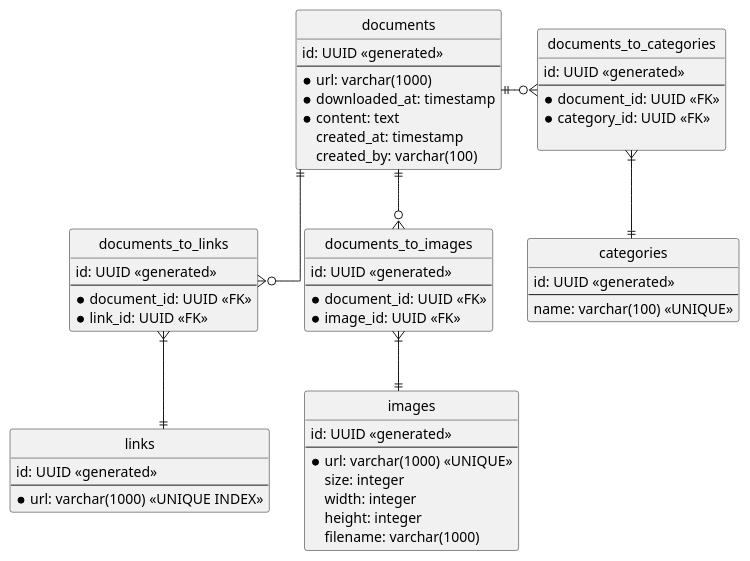
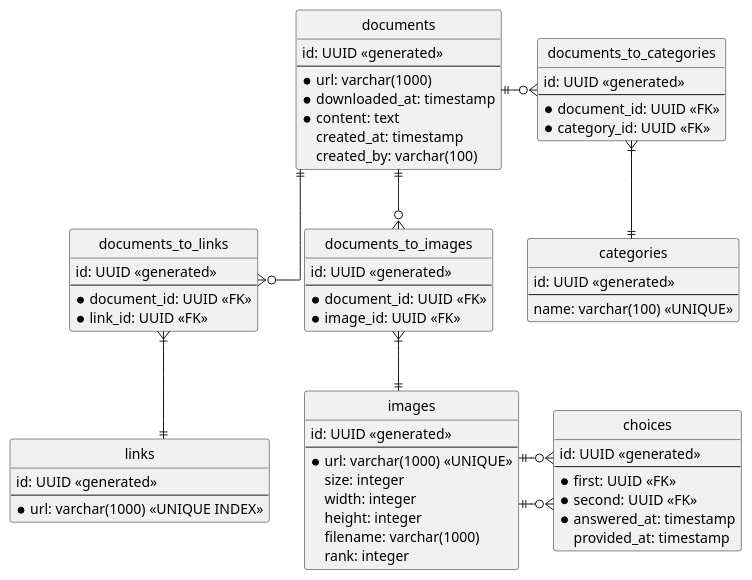
One commit to jdufner/WebScraper changed the diagram in WebScraper Data Model.puml. Above: the diagram before and after it, drawn with PlantUML. The commit also changed 2 other files, not shown here.

```diff
--- a/WebScraper Data Model.puml
+++ b/WebScraper Data Model.puml
@@ -1,67 +1,78 @@
 @startuml
 
 hide circle
 skinparam linetype ortho
 
 entity documents {
     id: UUID <<generated>>
     --
     * url: varchar(1000)
     * downloaded_at: timestamp
     * content: text
     created_at: timestamp
     created_by: varchar(100)
 }
 
 entity links {
     id: UUID <<generated>>
     --
     * url: varchar(1000) <<UNIQUE INDEX>>
 }
 
 entity documents_to_links {
     id: UUID <<generated>>
     --
     * document_id: UUID <<FK>>
     * link_id: UUID <<FK>>
 }
 
 entity images {
     id: UUID <<generated>>
     --
     * url: varchar(1000) <<UNIQUE>>
     size: integer
     width: integer
     height: integer
     filename: varchar(1000)
+    rank: integer
 }
 
 entity documents_to_images {
     id: UUID <<generated>>
     --
     * document_id: UUID <<FK>>
     * image_id: UUID <<FK>>
 }
 
 entity categories {
     id: UUID <<generated>>
     --
     name: varchar(100) <<UNIQUE>>
 }
 
 entity documents_to_categories {
     id: UUID <<generated>>
     --
     * document_id: UUID <<FK>>
     * category_id: UUID <<FK>>
+}
 
+entity choices {
+    id: UUID <<generated>>
+    --
+    * first: UUID <<FK>>
+    * second: UUID <<FK>>
+    * answered_at: timestamp
+    provided_at: timestamp
 }
 
 documents ||--o{ documents_to_links
 documents_to_links }|--|| links
 documents ||--o{ documents_to_images
 documents_to_images }|--|| images
 documents ||-o{ documents_to_categories
 documents_to_categories }|--|| categories
+images ||-o{ choices
+images ||-o{ choices
 
 @enduml
```
